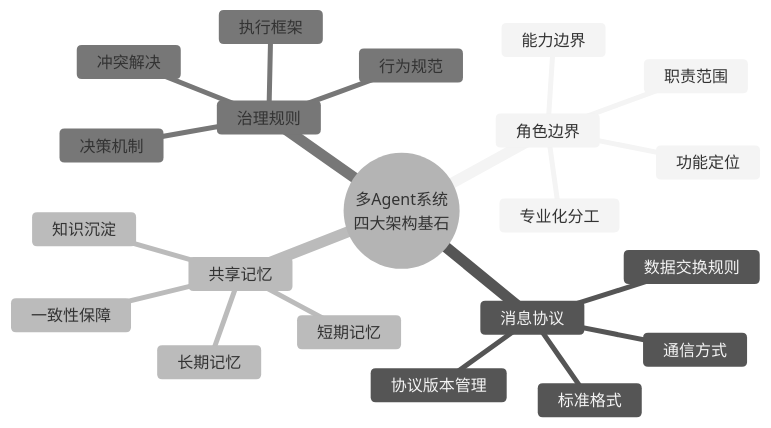
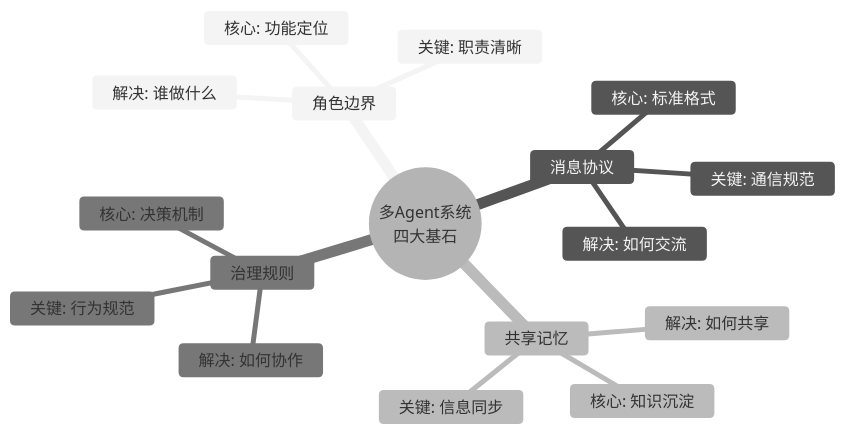
The first of 12 diagrams in agent/多Agent系统四大架构基石详解.md (mansteinr/note-book), drawn with Mermaid before and after one commit. The commit also changed other lines of this file and 2 other files, not shown here.

````diff
--- a/agent/多Agent系统四大架构基石详解.md
+++ b/agent/多Agent系统四大架构基石详解.md
@@ -46,25 +94,21 @@
 ```mermaid
 %%{init: {'theme': 'neutral'}}%%
 mindmap
-  root((多Agent系统<br/>四大架构基石))
+  root((多Agent系统<br/>四大基石))
     角色边界
-      功能定位
-      职责范围
-      能力边界
-      专业化分工
+      解决: 谁做什么
+      核心: 功能定位
+      关键: 职责清晰
     消息协议
-      标准格式
-      通信方式
-      数据交换规则
-      协议版本管理
+      解决: 如何交流
+      核心: 标准格式
+      关键: 通信规范
     共享记忆
-      短期记忆
-      长期记忆
-      知识沉淀
-      一致性保障
+      解决: 如何共享
+      核心: 知识沉淀
+      关键: 信息同步
     治理规则
-      决策机制
-      冲突解决
-      行为规范
-      执行框架
+      解决: 如何协作
+      核心: 决策机制
+      关键: 行为规范
 ```
````
